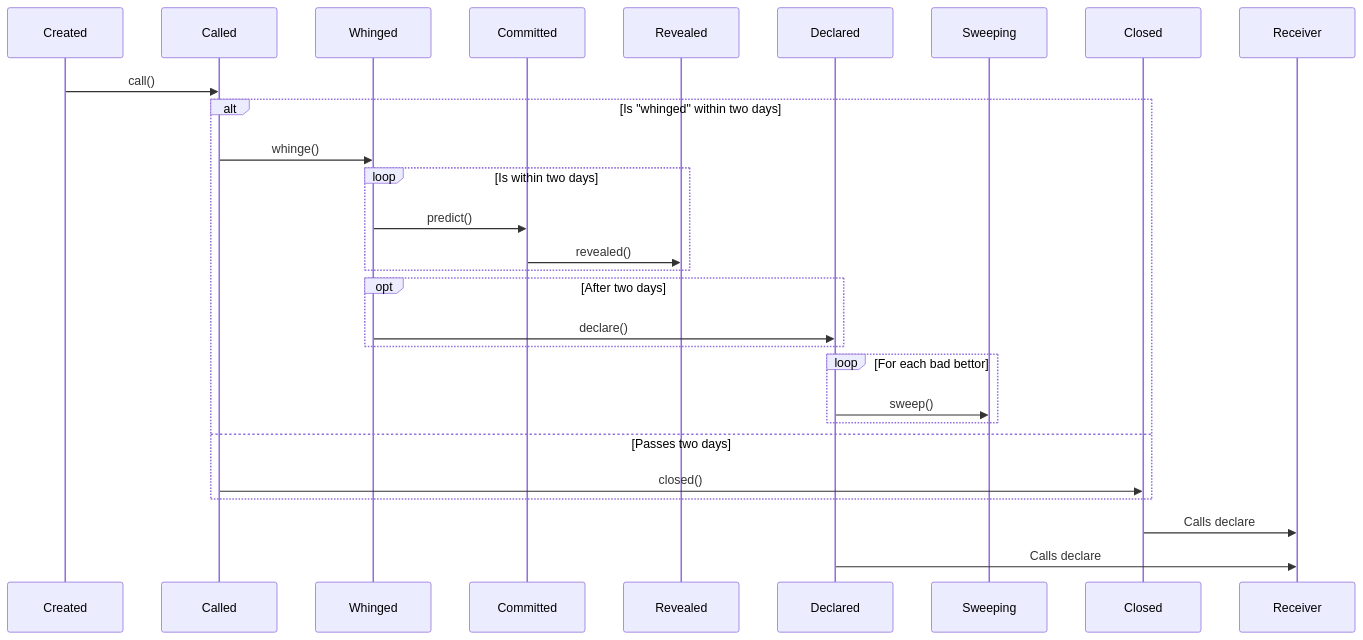
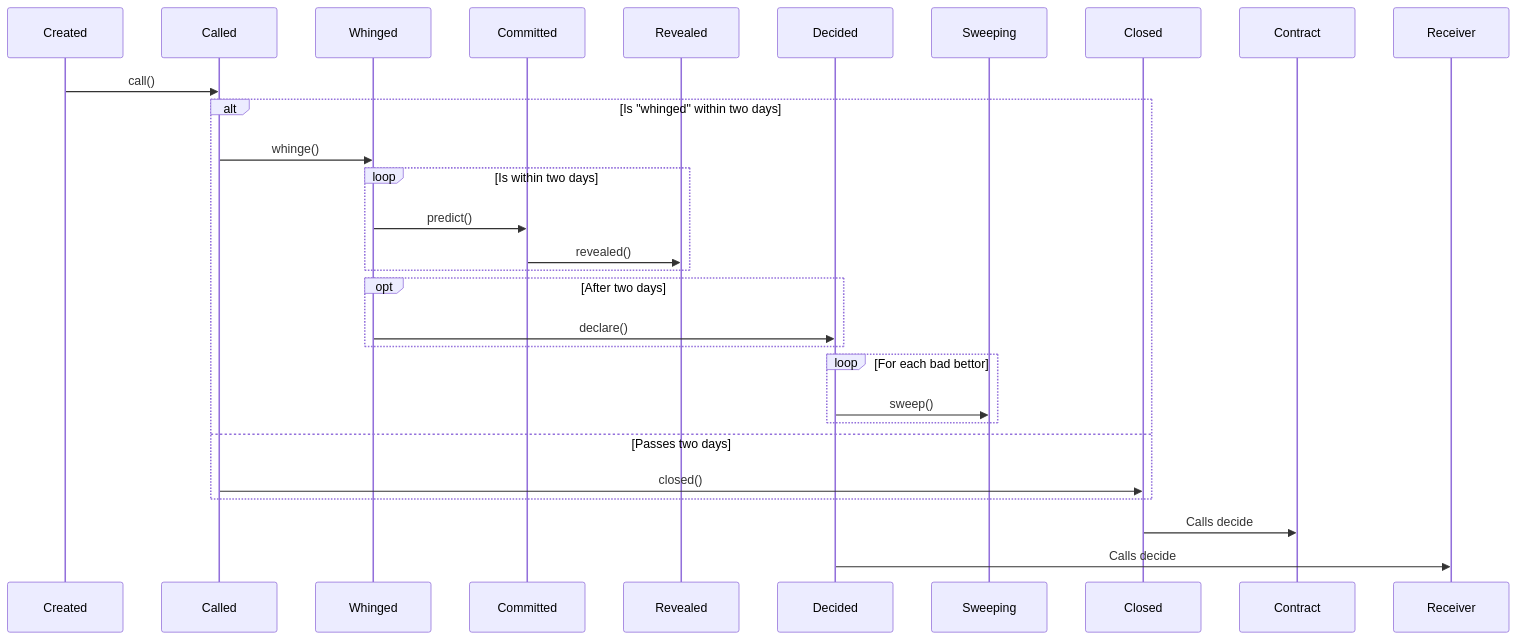
Before and after one commit to fluidity-money/arbinframarkets.xyz: the diagram in README.md, drawn with Mermaid. The commit also changed other lines of this file, not shown here.

````diff
--- a/README.md
+++ b/README.md
@@ -11,21 +12,21 @@
 ```mermaid
 sequenceDiagram
     Created ->> Called: call()
     alt Is "whinged" within two days
         Called ->> Whinged: whinge()
         loop Is within two days
             Whinged ->> Committed: predict()
             Committed ->> Revealed: revealed()
         end
         opt After two days
-            Whinged ->> Declared: declare()
+            Whinged ->> Decided: declare()
         end
         loop For each bad bettor
-            Declared ->> Sweeping: sweep()
+            Decided ->> Sweeping: sweep()
         end
     else Passes two days
         Called ->> Closed: closed()
     end
-    Closed ->> Receiver: Calls declare
-    Declared ->> Receiver: Calls declare
+    Closed ->> Contract: Calls decide
+    Decided ->> Receiver: Calls decide
 ```
````
